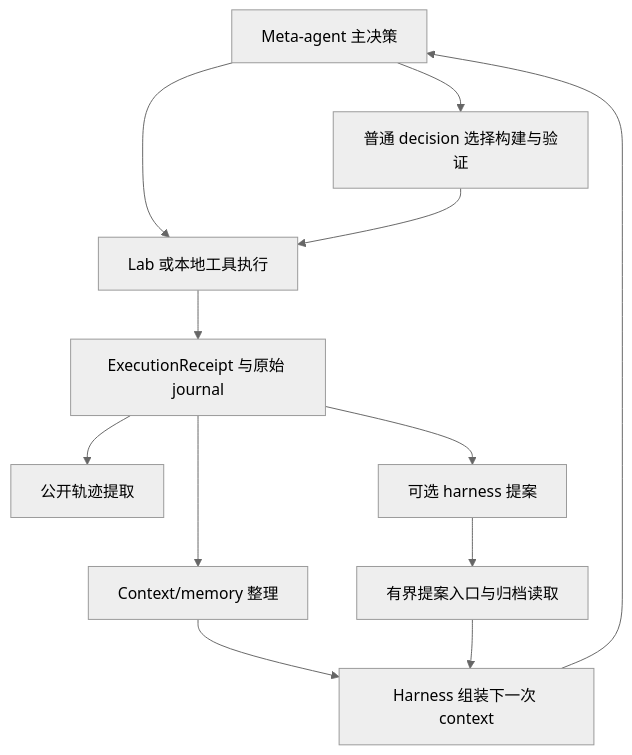
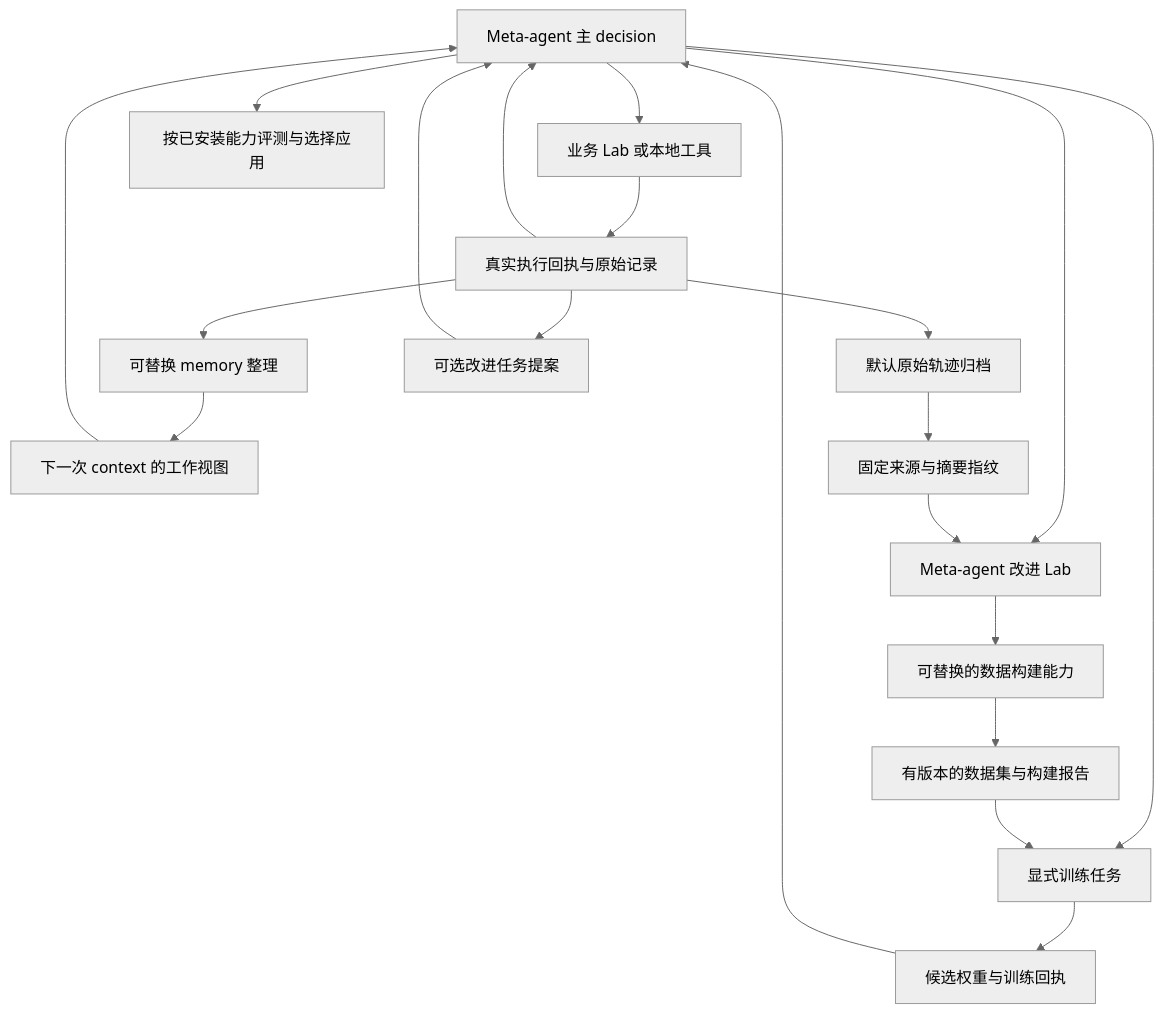
Before and after one commit to FreedomIntelligence/RSIComposer: the diagram in docs/review/feedback-workflow.md, drawn with Mermaid (neutral theme). The commit also changed other lines of this file and 147 other files, not shown here.

Commit message:
Decouple feedback, decision and Lab modules; add real medical Open Lab launcher

````diff
--- a/docs/review/feedback-workflow.md
+++ b/docs/review/feedback-workflow.md
@@ -19,14 +27,22 @@
 ```mermaid
 flowchart TD
-    A[Meta-agent 主决策] --> B[Lab 或本地工具执行]
-    B --> C[ExecutionReceipt 与原始 journal]
-    C --> M[Context/memory 整理]
-    C --> T[公开轨迹提取]
-    C --> P[可选 harness 提案]
-    M --> W[Harness 组装下一次 context]
-    P --> I[有界提案入口与归档读取]
-    I --> W
+    A[Meta-agent 主 decision] --> L[业务 Lab 或本地工具]
+    L --> R[真实执行回执与原始记录]
+    R --> A
+    R --> T[默认原始轨迹归档]
+    R --> M[可替换 memory 整理]
+    R --> P[可选改进任务提案]
+    M --> C[下一次 context 的工作视图]
+    C --> A
+    P --> A
+    A --> I[Meta-agent 改进 Lab]
+    T --> S[固定来源与摘要指纹]
+    S --> I
+    I --> D[可替换的数据构建能力]
+    D --> V[有版本的数据集与构建报告]
+    A --> TR[显式训练任务]
+    V --> TR
+    TR --> W[候选权重与训练回执]
     W --> A
-    A --> D[普通 decision 选择构建与验证]
-    D --> B
+    A --> E[按已安装能力评测与选择应用]
 ```
````
